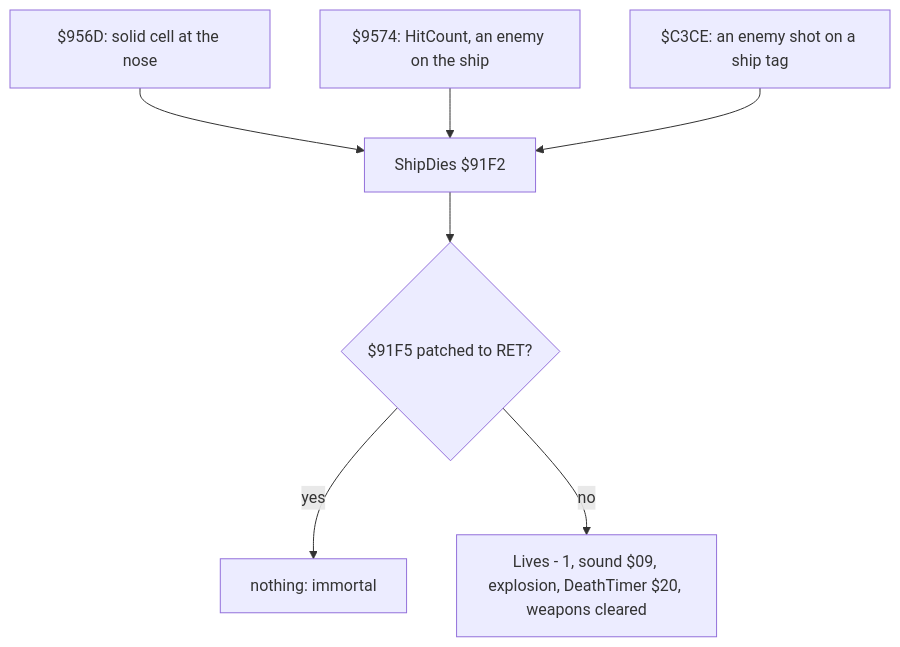
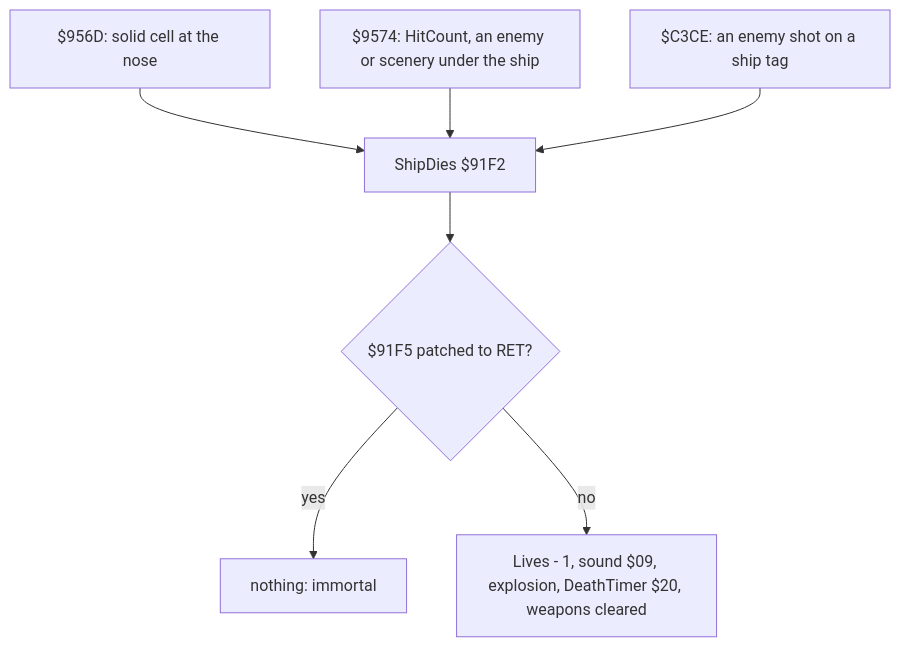
Before and after one commit to alfishe/unrealng-reverse-cases: diagram 11 of 15 in games/r-type/docs/10-gameplay-logic.md, drawn with Mermaid. The commit also changed other lines of this file and 31 other files, not shown here.

````diff
--- a/games/r-type/docs/10-gameplay-logic.md
+++ b/games/r-type/docs/10-gameplay-logic.md
@@ -915,9 +931,9 @@
 ```mermaid
 flowchart TD
     N["$956D: solid cell at the nose"] --> D["ShipDies $91F2"]
-    H["$9574: HitCount, an enemy on the ship"] --> D
+    H["$9574: HitCount, an enemy or scenery under the ship"] --> D
     S["$C3CE: an enemy shot on a ship tag"] --> D
     D --> P{"$91F5 patched to RET?"}
     P -- "yes" --> I["nothing: immortal"]
     P -- "no" --> L["Lives - 1, sound $09, explosion, DeathTimer $20, weapons cleared"]
 ```
````
